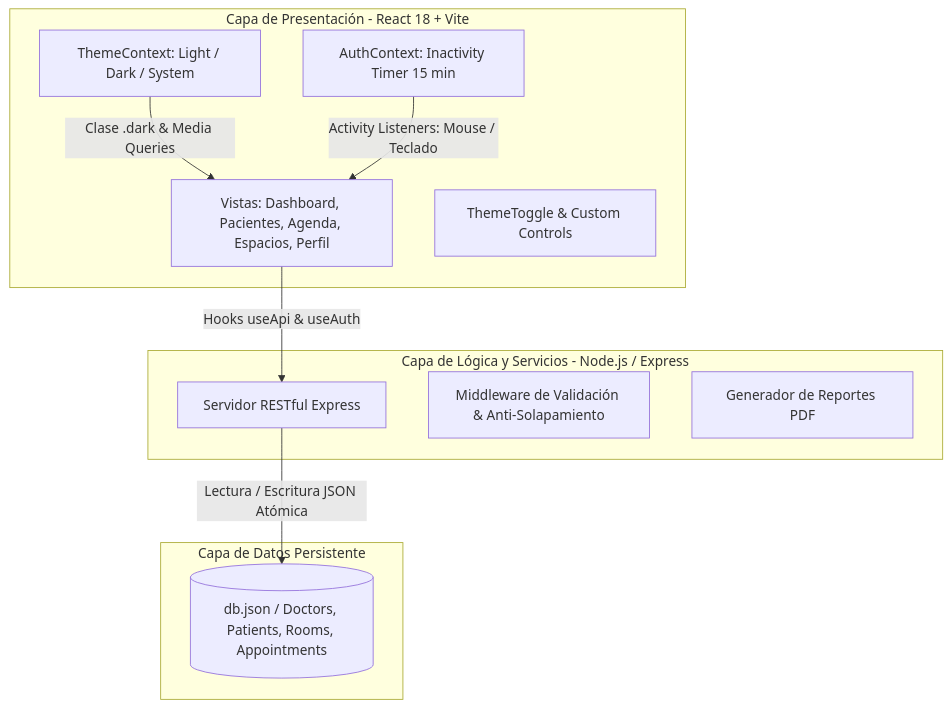
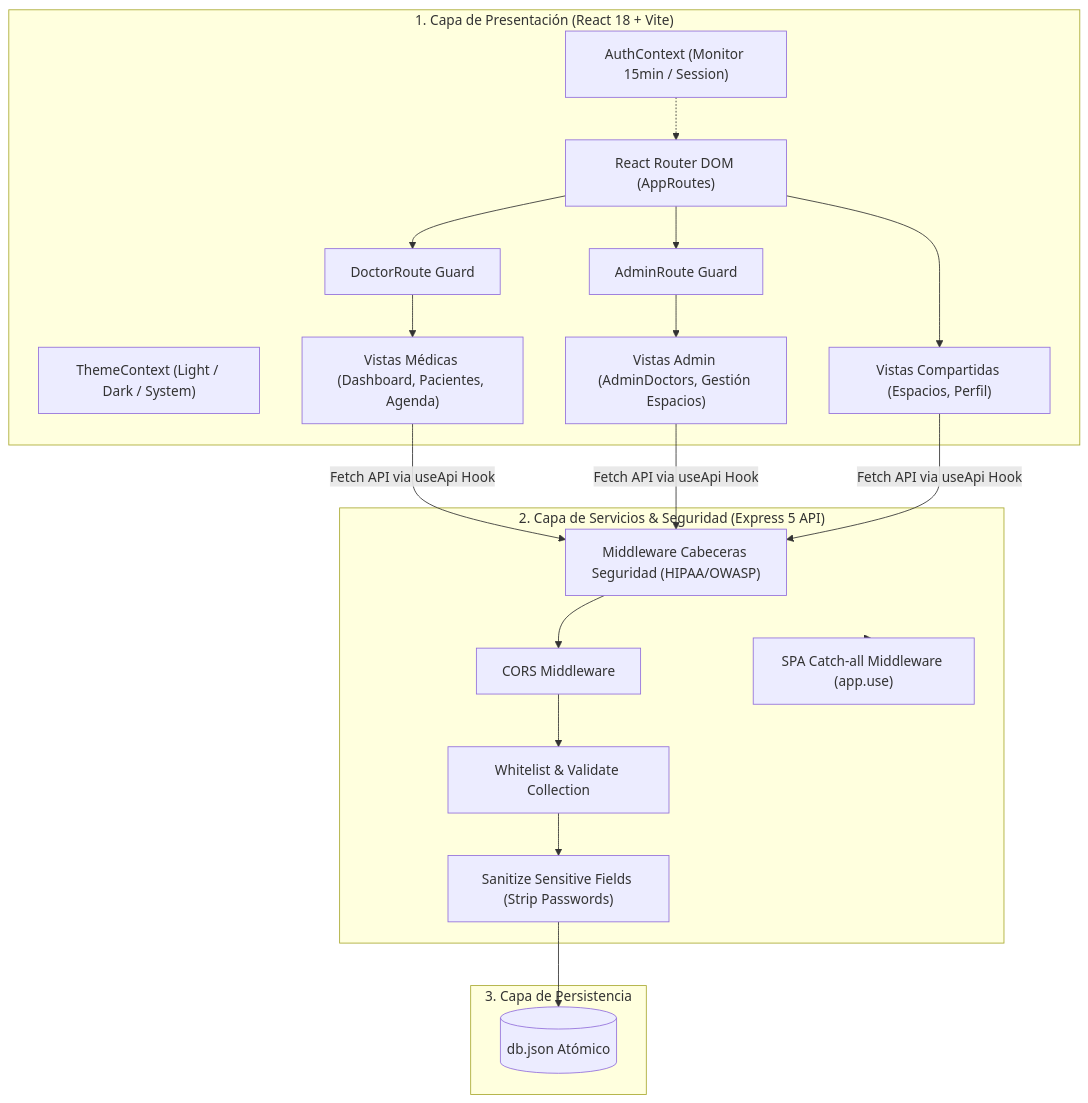
Before and after one commit to bracebalDev/sistema_gestion_pacientes_bariatricos: the second of 4 diagrams in Sistema de Gestión de Cirugía Bariátrica.md, drawn with Mermaid. The commit also changed other lines of this file, not shown here.

Commit message:
docs: actualizar informe tecnico con documentacion de API Keys BYOK, RBAC Modo Admin y QA ISO 25010

````diff
--- a/Sistema de Gestión de Cirugía Bariátrica.md
+++ b/Sistema de Gestión de Cirugía Bariátrica.md
@@ -87,24 +125,34 @@
 ```mermaid
 graph TD
-    subgraph Frontend [Capa de Presentación - React 18 + Vite]
-        UI[Vistas: Dashboard, Pacientes, Agenda, Espacios, Perfil]
-        TC[ThemeContext: Light / Dark / System]
-        AC[AuthContext: Inactivity Timer 15 min]
-        TT[ThemeToggle & Custom Controls]
+    subgraph ClientLayer ["1. Capa de Presentación (React 18 + Vite)"]
+        Router["React Router DOM (AppRoutes)"]
+        GuardDoc["DoctorRoute Guard"]
+        GuardAdm["AdminRoute Guard"]
+        AuthCtx["AuthContext (Monitor 15min / Session)"]
+        ThmCtx["ThemeContext (Light / Dark / System)"]
+        VDoctor["Vistas Médicas (Dashboard, Pacientes, Agenda)"]
+        VAdmin["Vistas Admin (AdminDoctors, Gestión Espacios)"]
+        VShared["Vistas Compartidas (Espacios, Perfil)"]
     end
 
-    subgraph Backend [Capa de Lógica y Servicios - Node.js / Express]
-        API[Servidor RESTful Express]
-        VAL[Middleware de Validación & Anti-Solapamiento]
-        REP[Generador de Reportes PDF]
+    subgraph ServerLayer ["2. Capa de Servicios & Seguridad (Express 5 API)"]
+        SecHeaders["Middleware Cabeceras Seguridad (HIPAA/OWASP)"]
+        CorsMdl["CORS Middleware"]
+        ValCol["Whitelist & Validate Collection"]
+        Sanitize["Sanitize Sensitive Fields (Strip Passwords)"]
+        CatchAll["SPA Catch-all Middleware (app.use)"]
     end
 
-    subgraph Storage [Capa de Datos Persistente]
-        JSONDB[(db.json / Doctors, Patients, Rooms, Appointments)]
+    subgraph StorageLayer ["3. Capa de Persistencia"]
+        JSONStore[("db.json Atómico")]
     end
 
-    UI -->|Hooks useApi & useAuth| API
-    TC -->|Clase .dark & Media Queries| UI
-    AC -->|Activity Listeners: Mouse / Teclado| UI
-    API -->|Lectura / Escritura JSON Atómica| JSONDB
+    Router --> GuardDoc --> VDoctor
+    Router --> GuardAdm --> VAdmin
+    Router --> VShared
+    AuthCtx -.-> Router
+    
+    VDoctor & VAdmin & VShared -->|Fetch API via useApi Hook| SecHeaders
+    SecHeaders --> CorsMdl --> ValCol --> Sanitize --> JSONStore
+    ServerLayer --> CatchAll
 ```
````
